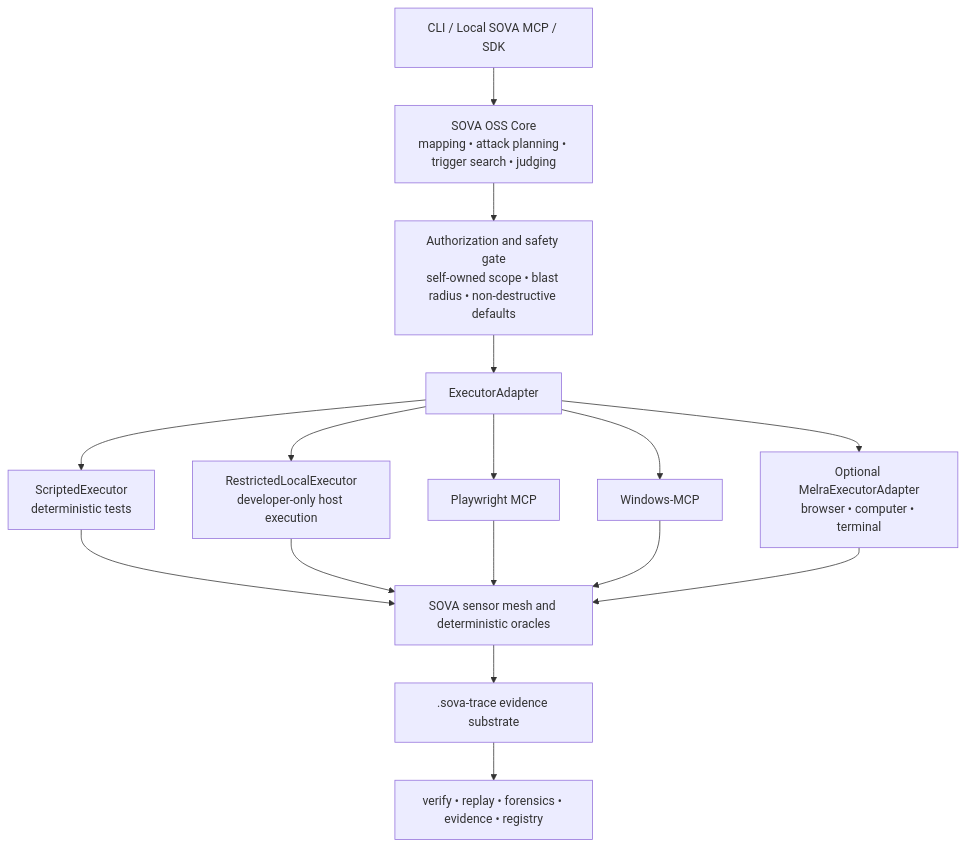
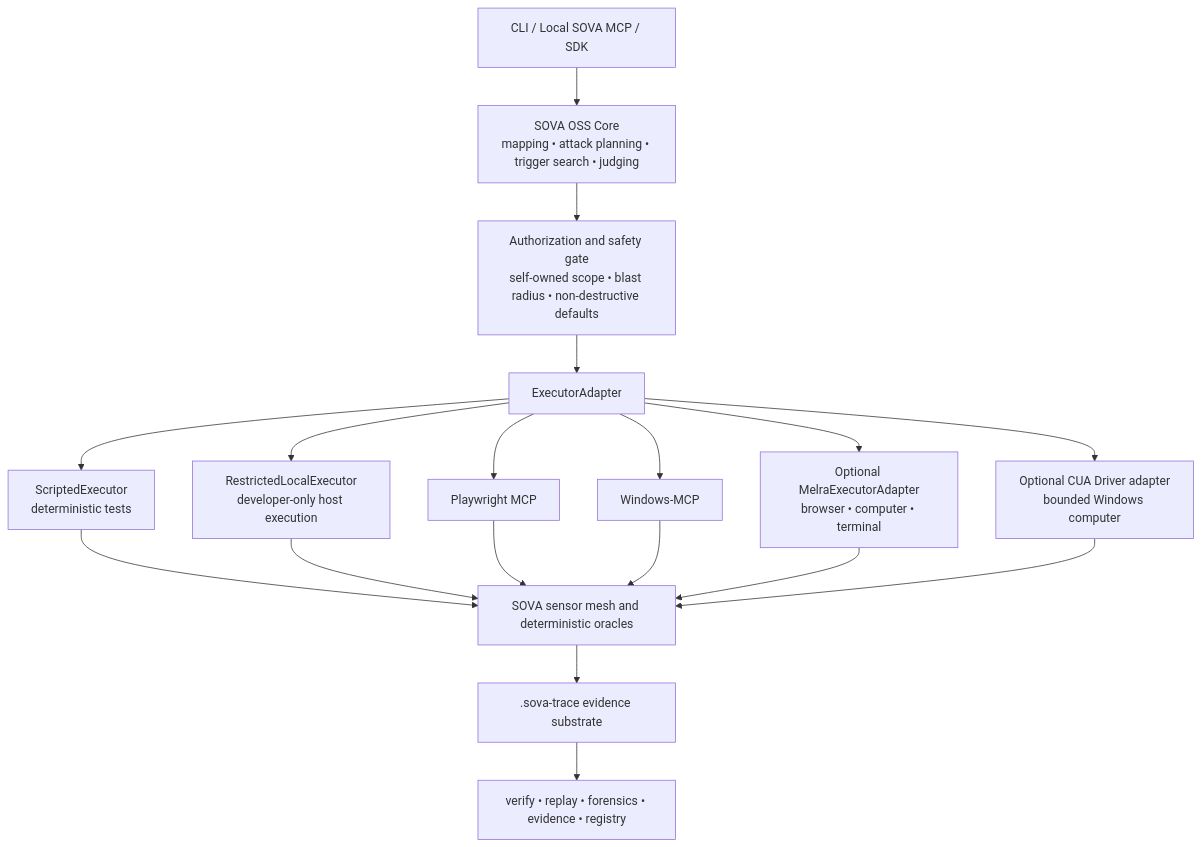
Before and after one commit to Gautam-R-Patil/S.O.V.A---OSS---TRUSCOR: the third of 3 diagrams in README.md, drawn with Mermaid. The commit also changed other lines of this file and 19 other files, not shown here.

Commit message:
feat: validate MELRA and bounded CUA execution

````diff
--- a/README.md
+++ b/README.md
@@ -353,29 +353,32 @@
 ```mermaid
 flowchart TB
     CLI["CLI / Local SOVA MCP / SDK"]
     CORE["SOVA OSS Core<br/>mapping • attack planning • trigger search • judging"]
     SAFE["Authorization and safety gate<br/>self-owned scope • blast radius • non-destructive defaults"]
     EXEC["ExecutorAdapter"]
     SCRIPT["ScriptedExecutor<br/>deterministic tests"]
     LOCAL["RestrictedLocalExecutor<br/>developer-only host execution"]
     MELRA["Optional MelraExecutorAdapter<br/>browser • computer • terminal"]
+    CUA["Optional CUA Driver adapter<br/>bounded Windows computer"]
     SENSORS["SOVA sensor mesh and deterministic oracles"]
     TRACE[".sova-trace evidence substrate"]
     OUTPUT["verify • replay • forensics • evidence • registry"]
 
     CLI --> CORE
     CORE --> SAFE
     SAFE --> EXEC
     EXEC --> SCRIPT
     EXEC --> LOCAL
     EXEC --> PLAYWRIGHT["Playwright MCP"]
     EXEC --> WINDOWS["Windows-MCP"]
     EXEC --> MELRA
+    EXEC --> CUA
     SCRIPT --> SENSORS
     LOCAL --> SENSORS
     PLAYWRIGHT --> SENSORS
     WINDOWS --> SENSORS
     MELRA --> SENSORS
+    CUA --> SENSORS
     SENSORS --> TRACE
     TRACE --> OUTPUT
 ```
````
